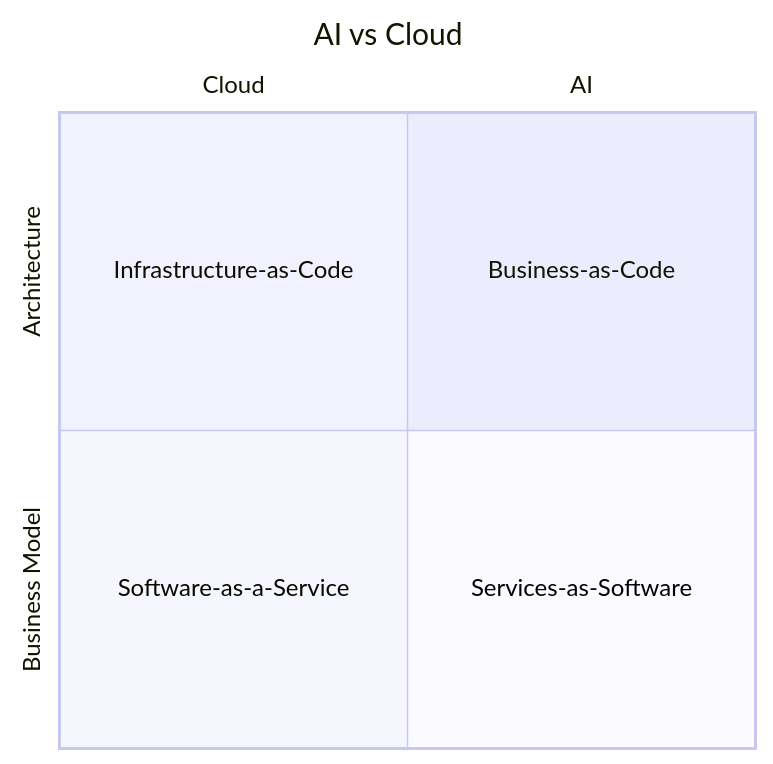
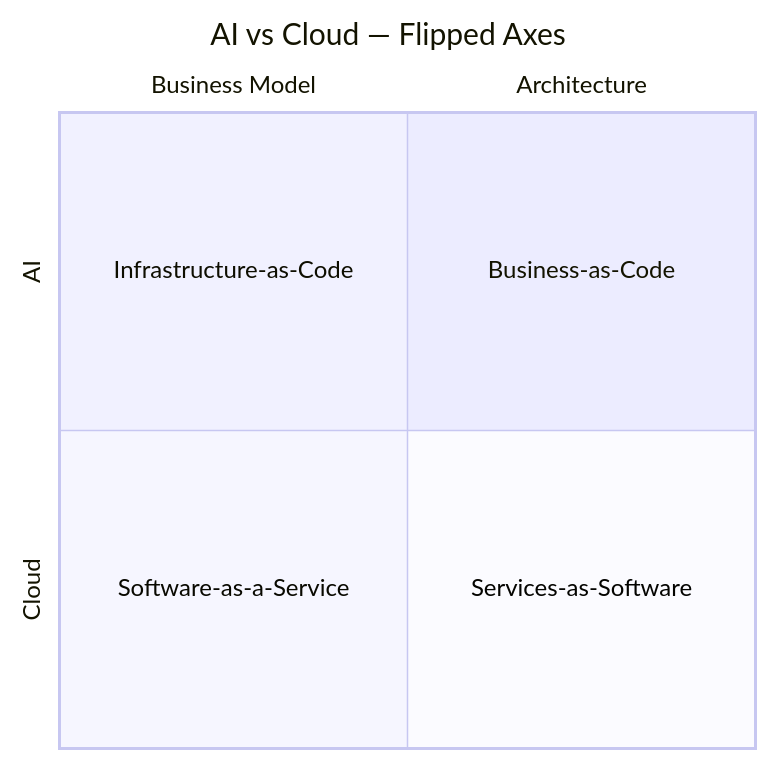
The diagram in README.md (nathanclevenger/services-as-software), drawn with Mermaid before and after one commit.

````diff
--- a/README.md
+++ b/README.md
@@ -21,11 +21,11 @@
 ```mermaid
 quadrantChart
-    title AI vs Cloud
-    x-axis Cloud --> AI
-    y-axis Business Model --> Architecture
+    title AI vs Cloud — Flipped Axes
+    x-axis Business Model --> Architecture
+    y-axis Cloud --> AI
 
     quadrant-1 Business-as-Code
     quadrant-2 Infrastructure-as-Code
     quadrant-3 Software-as-a-Service
     quadrant-4 Services-as-Software
 ```
````
